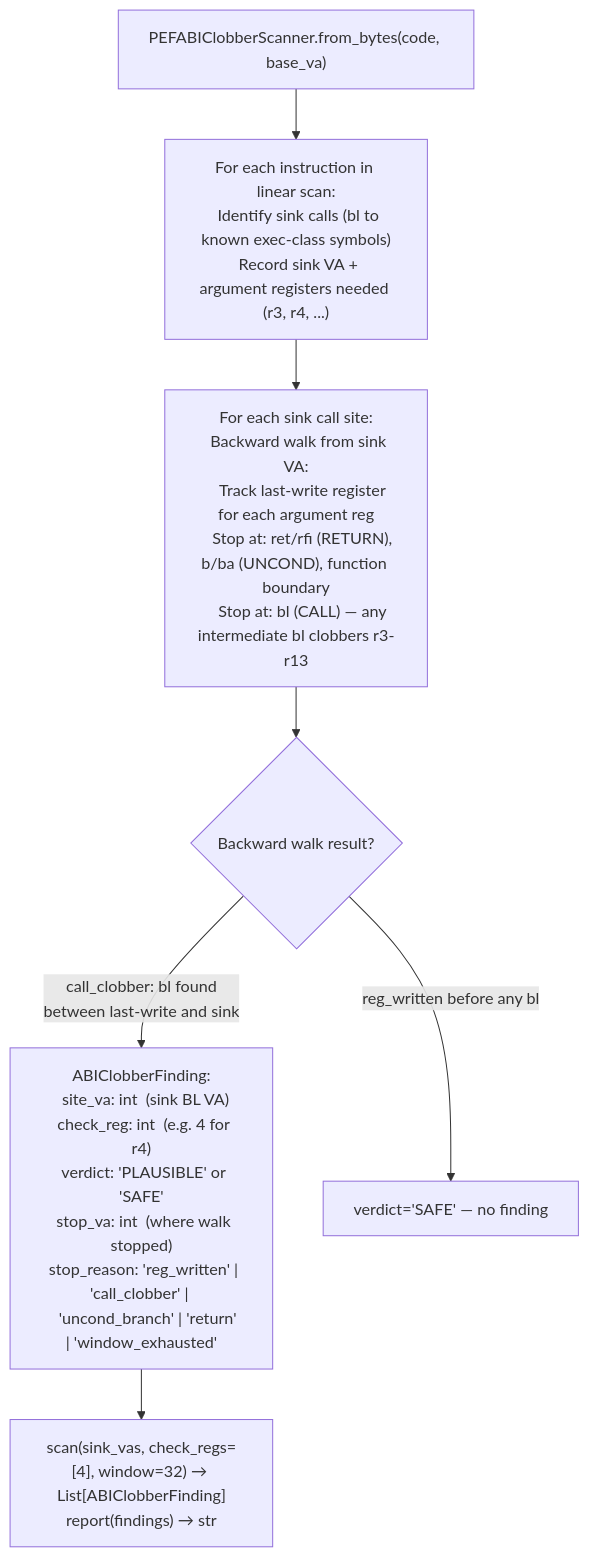
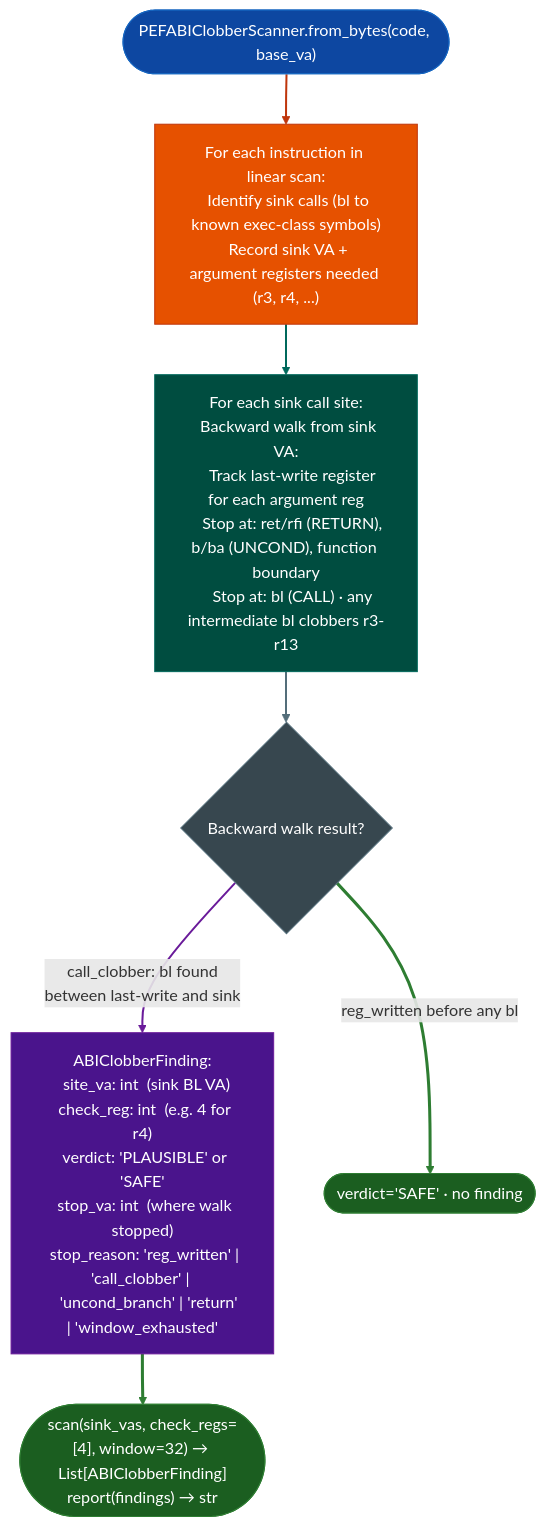
The diagram in docs/reference-modules/classic-mac-abi-clobber-scanning.md (Ablation-Tool/ablation), drawn with Mermaid before and after one commit. The commit also changed 320 other files, not shown here.

First line of the commit message:
docs: apply canonical Mermaid template to all 321 diagrams

````diff
--- a/docs/reference-modules/classic-mac-abi-clobber-scanning.md
+++ b/docs/reference-modules/classic-mac-abi-clobber-scanning.md
@@ -19,9 +19,21 @@
 ```mermaid
 flowchart TD
-    A["PEFABIClobberScanner.from_bytes(code, base_va)"] --> B["For each instruction in linear scan:\n  Identify sink calls (bl to known exec-class symbols)\n  Record sink VA + argument registers needed (r3, r4, ...)"]
-    B --> C["For each sink call site:\n  Backward walk from sink VA:\n    Track last-write register for each argument reg\n    Stop at: ret/rfi (RETURN), b/ba (UNCOND), function boundary\n    Stop at: bl (CALL) — any intermediate bl clobbers r3-r13"]
-    C --> D{"Backward walk result?"}
-    D -->|"call_clobber: bl found\nbetween last-write and sink"| E["ABIClobberFinding:\n  site_va: int  (sink BL VA)\n  check_reg: int  (e.g. 4 for r4)\n  verdict: 'PLAUSIBLE' or 'SAFE'\n  stop_va: int  (where walk stopped)\n  stop_reason: 'reg_written' | 'call_clobber' | \n    'uncond_branch' | 'return' | 'window_exhausted'"]
-    D -->|"reg_written before any bl"| F["verdict='SAFE' — no finding"]
-    E --> G["scan(sink_vas, check_regs=[4], window=32) → List[ABIClobberFinding]\nreport(findings) → str"]
+    A(["PEFABIClobberScanner.from_bytes(code, base_va)"]):::input --> B["For each instruction in linear scan:\n  Identify sink calls (bl to known exec-class symbols)\n  Record sink VA + argument registers needed (r3, r4, ...)"]:::primary
+    B:::primary --> C["For each sink call site:\n  Backward walk from sink VA:\n    Track last-write register for each argument reg\n    Stop at: ret/rfi (RETURN), b/ba (UNCOND), function boundary\n    Stop at: bl (CALL) · any intermediate bl clobbers r3-r13"]:::secondary
+    C:::secondary --> D{"Backward walk result?"}:::neutral
+    D:::neutral -->|"call_clobber: bl found\nbetween last-write and sink"| E["ABIClobberFinding:\n  site_va: int  (sink BL VA)\n  check_reg: int  (e.g. 4 for r4)\n  verdict: 'PLAUSIBLE' or 'SAFE'\n  stop_va: int  (where walk stopped)\n  stop_reason: 'reg_written' | 'call_clobber' | \n    'uncond_branch' | 'return' | 'window_exhausted'"]:::tertiary
+    D:::neutral -->|"reg_written before any bl"| F(["verdict='SAFE' · no finding"]):::output
+    E:::tertiary --> G(["scan(sink_vas, check_regs=[4], window=32) → List[ABIClobberFinding]\nreport(findings) → str"]):::output
+    classDef input     fill:#0d47a1,stroke:#1565c0,color:#fff
+    classDef primary   fill:#e65100,stroke:#bf360c,color:#fff
+    classDef secondary fill:#004d40,stroke:#00695c,color:#fff
+    classDef tertiary  fill:#4a148c,stroke:#6a1b9a,color:#fff
+    classDef neutral   fill:#37474f,stroke:#546e7a,color:#fff
+    classDef output    fill:#1b5e20,stroke:#2e7d32,color:#fff
+    linkStyle 0 stroke:#bf360c,stroke-width:2px
+    linkStyle 1 stroke:#00695c,stroke-width:2px
+    linkStyle 2 stroke:#546e7a,stroke-width:2px
+    linkStyle 3 stroke:#6a1b9a,stroke-width:2px
+    linkStyle 4 stroke:#2e7d32,stroke-width:3px
+    linkStyle 5 stroke:#2e7d32,stroke-width:3px
 ```
````
